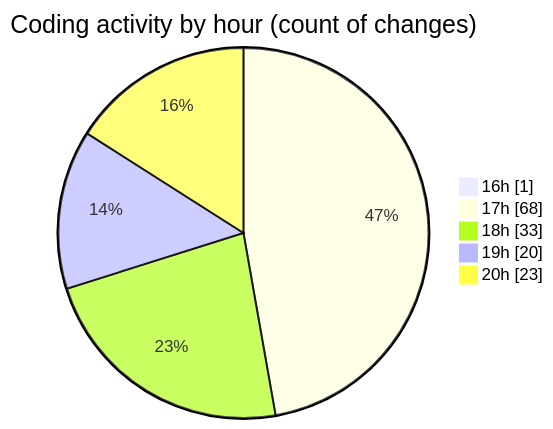
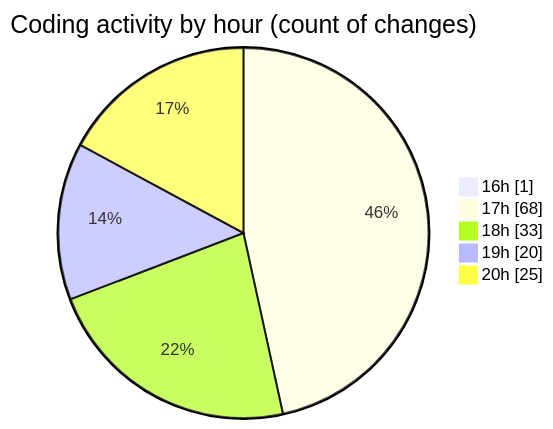
One commit to idhammustaqopulfikri/code-tracking changed the second of 2 diagrams in 2025-05-27/studio-backend/README.md. Above: the diagram before and after it, drawn with Mermaid. The commit also changed other lines of this file and 1 other file, not shown here.

````diff
--- a/2025-05-27/studio-backend/README.md
+++ b/2025-05-27/studio-backend/README.md
@@ -64,9 +64,9 @@
 ```mermaid
 pie showData
 title Coding activity by hour (count of changes)
 "16h" : 1
 "17h" : 68
 "18h" : 33
 "19h" : 20
-"20h" : 23
+"20h" : 25
 ```
````
